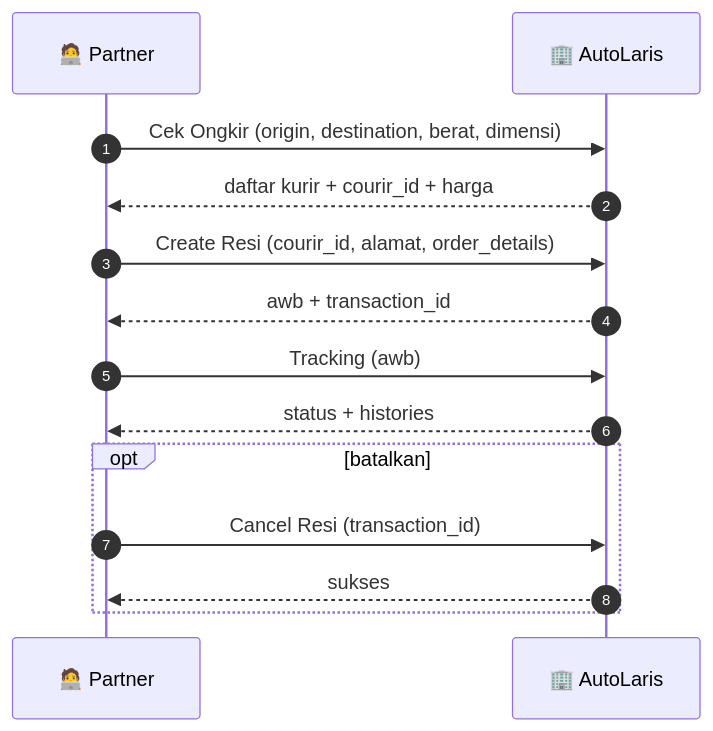
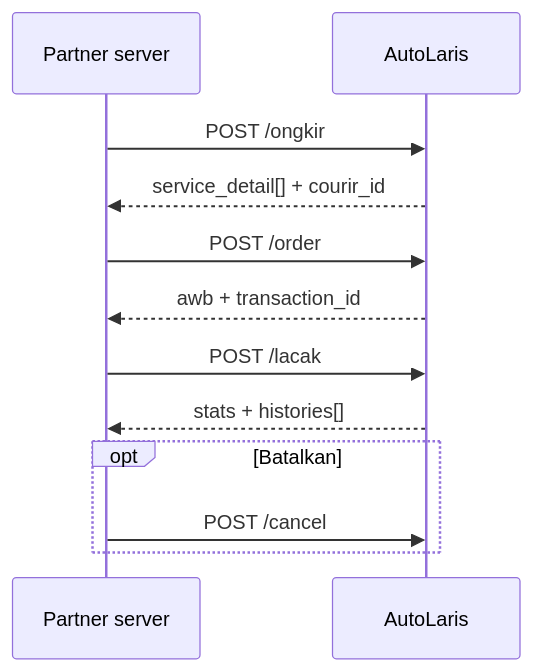
One commit to ongkipro/autolaris changed the diagram in README.md. Above: the diagram before and after it, drawn with Mermaid. The commit also changed other lines of this file and 6 other files, not shown here.

Commit message:
docs: make AutoLaris integration plug-and-play

````diff
--- a/README.md
+++ b/README.md
@@ -83,16 +87,14 @@
 ```mermaid
 sequenceDiagram
-    autonumber
-    participant P as 🧑‍💻 Partner
-    participant A as 🏢 AutoLaris
-    P->>A: Cek Ongkir (origin, destination, berat, dimensi)
-    A-->>P: daftar kurir + courir_id + harga
-    P->>A: Create Resi (courir_id, alamat, order_details)
-    A-->>P: awb + transaction_id
-    P->>A: Tracking (awb)
-    A-->>P: status + histories
-    opt batalkan
-        P->>A: Cancel Resi (transaction_id)
-        A-->>P: sukses
+    participant App as Partner server
+    participant API as AutoLaris
+    App->>API: POST /ongkir
+    API-->>App: service_detail[] + courir_id
+    App->>API: POST /order
+    API-->>App: awb + transaction_id
+    App->>API: POST /lacak
+    API-->>App: stats + histories[]
+    opt Batalkan
+        App->>API: POST /cancel
     end
 ```
````
